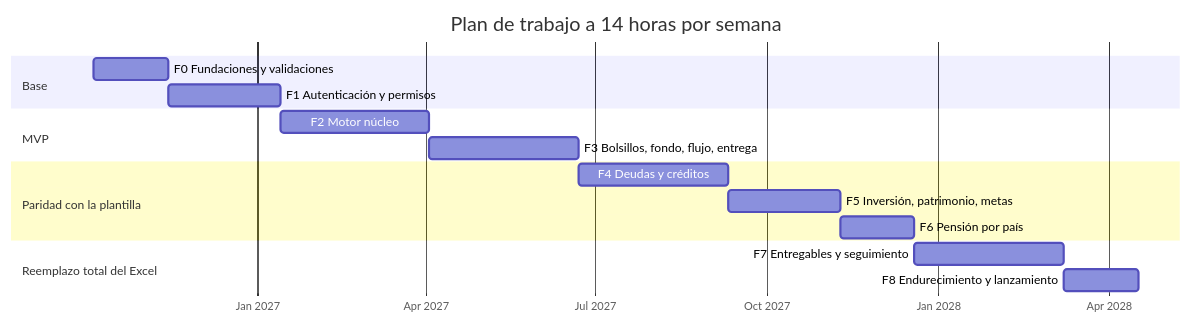
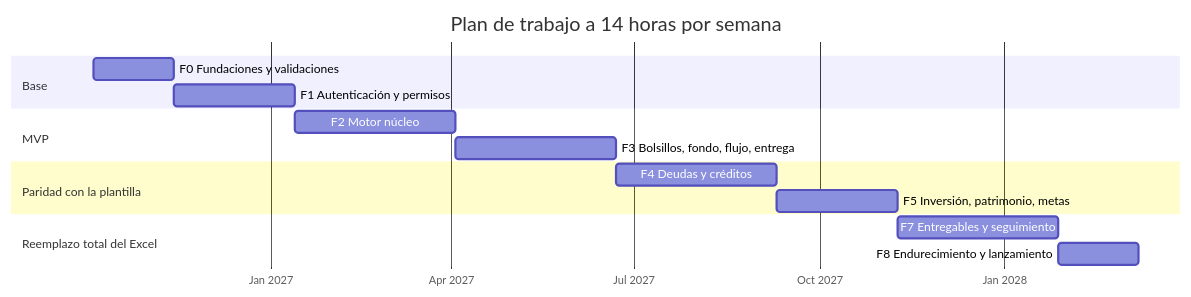
The diagram in docs/06-plan-de-trabajo.md (IngRetrius/mi-luca), drawn with Mermaid before and after one commit. The commit also changed other lines of this file and 31 other files, not shown here.

````diff
--- a/docs/06-plan-de-trabajo.md
+++ b/docs/06-plan-de-trabajo.md
@@ -33,19 +33,18 @@
 ```mermaid
 gantt
   title Plan de trabajo a 14 horas por semana
   dateFormat  YYYY-MM-DD
   axisFormat  %b %Y
   section Base
   F0 Fundaciones y validaciones        :f0, 2026-10-05, 2026-11-14
   F1 Autenticación y permisos          :f1, after f0, 2027-01-13
   section MVP
   F2 Motor núcleo                      :f2, after f1, 2027-04-03
   F3 Bolsillos, fondo, flujo, entrega  :f3, after f2, 2027-06-22
   section Paridad con la plantilla
   F4 Deudas y créditos                 :f4, after f3, 2027-09-10
   F5 Inversión, patrimonio, metas      :f5, after f4, 2027-11-09
-  F6 Pensión por país                  :f6, after f5, 2027-12-19
   section Reemplazo total del Excel
-  F7 Entregables y seguimiento         :f7, after f6, 2028-03-08
-  F8 Endurecimiento y lanzamiento      :f8, after f7, 2028-04-17
+  F7 Entregables y seguimiento         :f7, after f5, 2028-01-28
+  F8 Endurecimiento y lanzamiento      :f8, after f7, 2028-03-08
 ```
````
